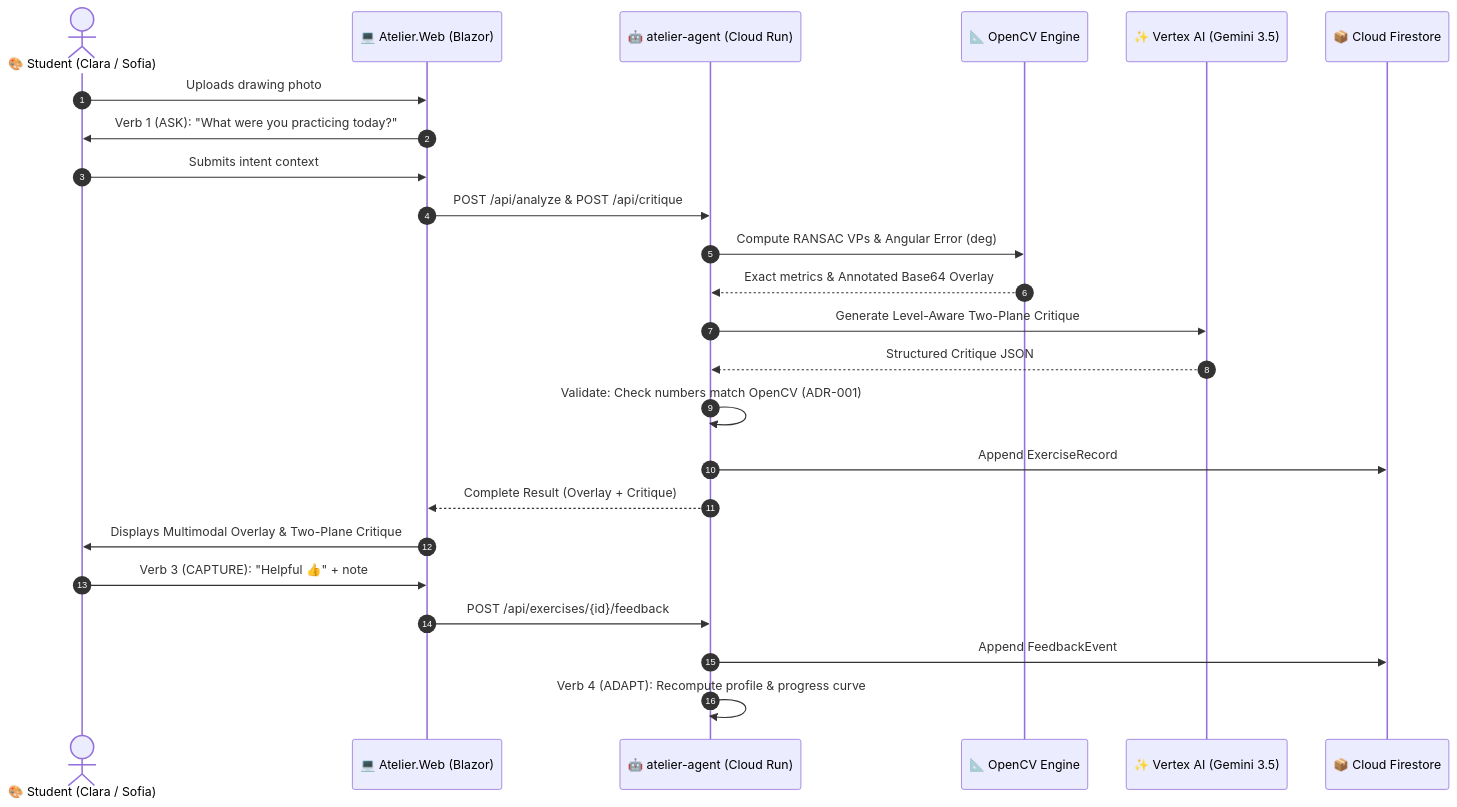
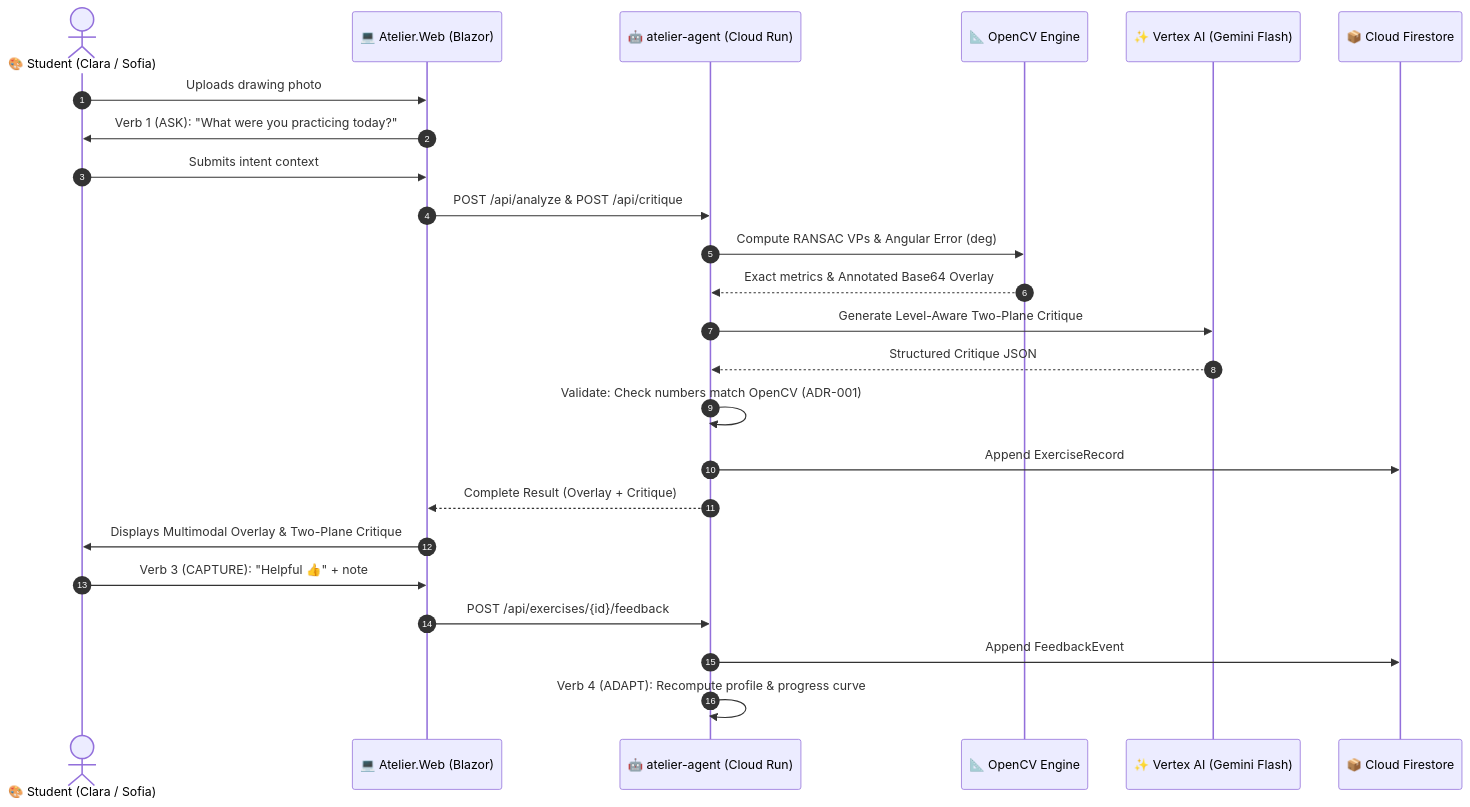
The second of 2 diagrams in docs/ARCHITECTURE.md (hvaler/atelier), drawn with Mermaid before and after one commit. The commit also changed other lines of this file and 12 other files, not shown here.

````diff
--- a/docs/ARCHITECTURE.md
+++ b/docs/ARCHITECTURE.md
@@ -87,27 +87,27 @@
 ```mermaid
 sequenceDiagram
     autonumber
     actor Student as 🎨 Student (Clara / Sofia)
     participant Web as 💻 Atelier.Web (Blazor)
     participant Agent as 🤖 atelier-agent (Cloud Run)
     participant CV as 📐 OpenCV Engine
-    participant Vertex as ✨ Vertex AI (Gemini 3.5)
+    participant Vertex as ✨ Vertex AI (Gemini Flash)
     participant DB as 📦 Cloud Firestore
 
     Student->>Web: Uploads drawing photo
     Web->>Student: Verb 1 (ASK): "What were you practicing today?"
     Student->>Web: Submits intent context
     Web->>Agent: POST /api/analyze & POST /api/critique
     Agent->>CV: Compute RANSAC VPs & Angular Error (deg)
     CV-->>Agent: Exact metrics & Annotated Base64 Overlay
     Agent->>Vertex: Generate Level-Aware Two-Plane Critique
     Vertex-->>Agent: Structured Critique JSON
     Agent->>Agent: Validate: Check numbers match OpenCV (ADR-001)
     Agent->>DB: Append ExerciseRecord
     Agent-->>Web: Complete Result (Overlay + Critique)
     Web->>Student: Displays Multimodal Overlay & Two-Plane Critique
     Student->>Web: Verb 3 (CAPTURE): "Helpful 👍" + note
     Web->>Agent: POST /api/exercises/{id}/feedback
     Agent->>DB: Append FeedbackEvent
     Agent->>Agent: Verb 4 (ADAPT): Recompute profile & progress curve
 ```
````
